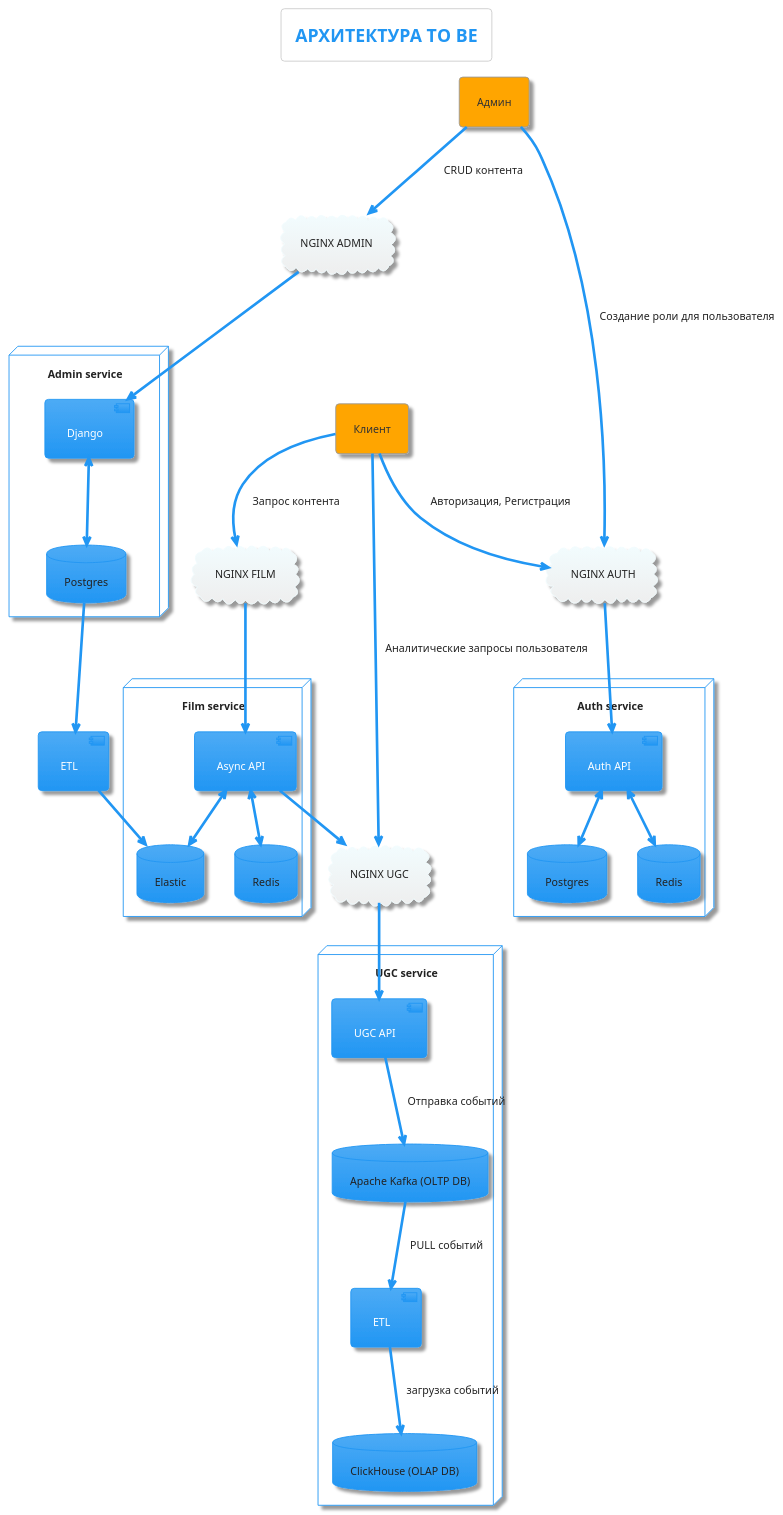
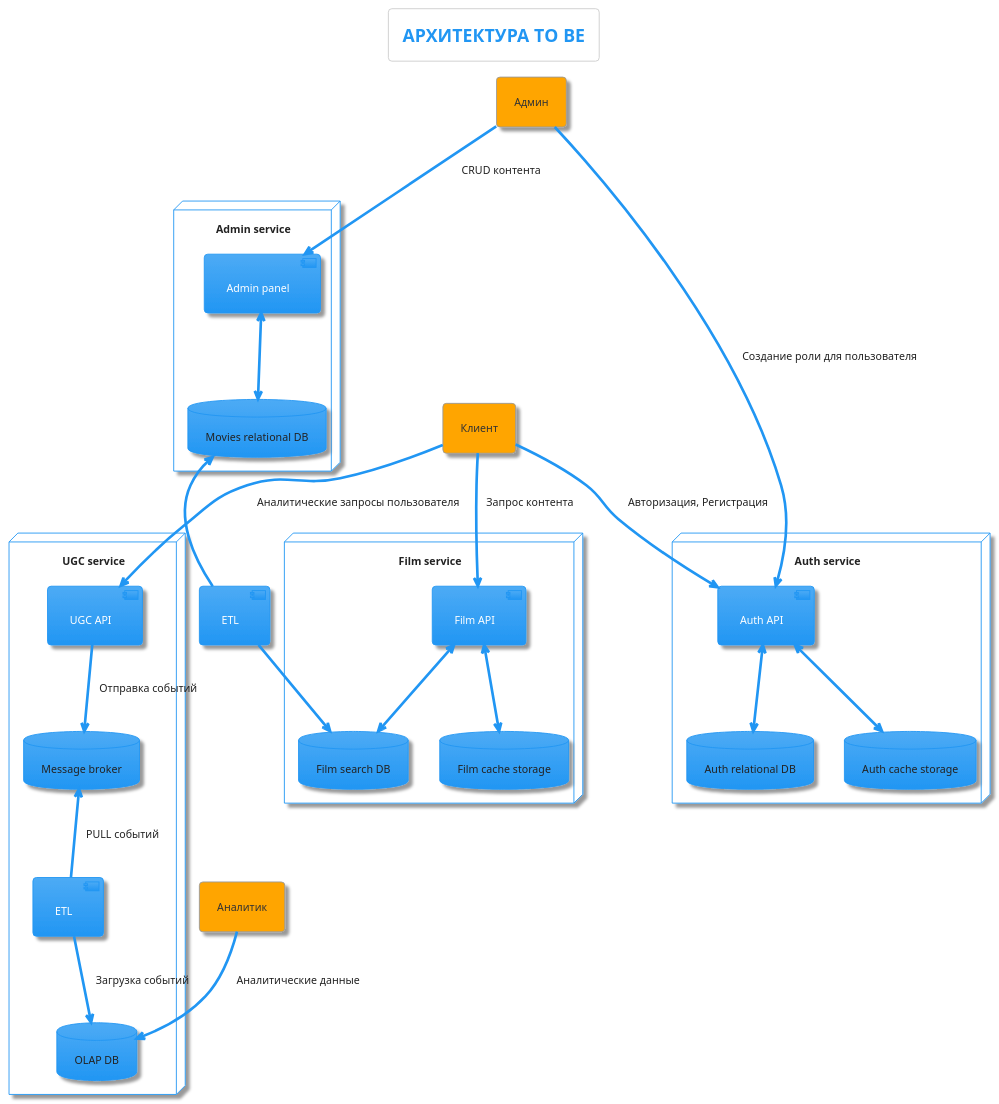
Before and after one commit to Germanio10/ugc_sprint_1: the diagram in architecture/to_be.puml, drawn with PlantUML. The commit also changed 1 other file, not shown here.

```diff
--- a/architecture/to_be.puml
+++ b/architecture/to_be.puml
@@ -1,60 +1,52 @@
 @startuml
 !theme materia
 
 title  АРХИТЕКТУРА ТO BE
 
 agent Админ
 agent Клиент
-cloud "NGINX ADMIN" as nginx_admin
-cloud "NGINX AUTH" as auth_nginx
-cloud "NGINX FILM" as film_nginx
-cloud "NGINX FILM" as film_nginx
-cloud "NGINX UGC" as ugc_nginx
-
-Админ --> nginx_admin: CRUD контента
-Админ --> auth_nginx:  Создание роли для пользователя
-Клиент --> auth_nginx:  Авторизация, Pегистрация
-Клиент --> film_nginx:  Запрос контента
-Клиент --> ugc_nginx:  Аналитические запросы пользователя
-
+agent Аналитик
 
 node "Admin service" as admin_service {
-    component Django
-    database Postgres as pg_admin
-    Django <--> pg_admin
+    component "Admin panel" as django
+    database "Movies relational DB" as movies_db
+    django <--> movies_db
 }
 
 node "Auth service" as auth_service {
     component "Auth API" as auth_api
-    database Postgres as pg_auth
-    database Redis
-    auth_api <--> pg_auth
-    auth_api <--> Redis
+    database "Auth relational DB" as auth_db
+    database "Auth cache storage" as cache_storage
+    auth_api <--> auth_db
+    auth_api <--> cache_storage
 }
 
 node "Film service" as film_service {
-    component "Async API" as async_api
-    database Elastic
-    database Redis as redis_film
-    async_api <--> Elastic
-    async_api <--> redis_film
+    component "Film API" as film_api
+    database "Film search DB" as film_db
+    database "Film cache storage"  as cache_storage_film
+    film_api <--> film_db
+    film_api <--> cache_storage_film
 }
+
+component "ETL" as etl_films
+    movies_db <-- etl_films
+    etl_films --> film_db
+
 node "UGC service" as  ugc_service {
     component "UGC API" as ugc_api
-    database "Apache Kafka (OLTP DB)" as kafka
+    database "Message broker" as msg_broker
     component "ETL" as ugc_etl
-    database "ClickHouse (OLAP DB)" as click_house
-    ugc_api --> kafka:  "Отправка событий"
-    kafka --> ugc_etl:  "PULL событий"
-    ugc_etl --> click_house:  "загрузка событий"
+    database "OLAP DB" as olap_db
+    ugc_api --> msg_broker:  "Отправка событий"
+    msg_broker <-- ugc_etl:  "PULL событий"
+    ugc_etl --> olap_db:  "Загрузка событий"
 }
-component "ETL" as etl_films
-    pg_admin --> etl_films
-    etl_films --> Elastic
 
-nginx_admin --> Django
-auth_nginx --> auth_api
-film_nginx --> async_api
-ugc_nginx --> ugc_api
-async_api --> ugc_nginx
+Админ --> django: CRUD контента
+Админ --> auth_api: Создание роли для пользователя
+Клиент --> auth_api:  Авторизация, Pегистрация
+Клиент --> film_api:  Запрос контента
+Клиент --> ugc_api:  Аналитические запросы пользователя
+Аналитик --> olap_db: Аналитические данные
 @enduml
```
